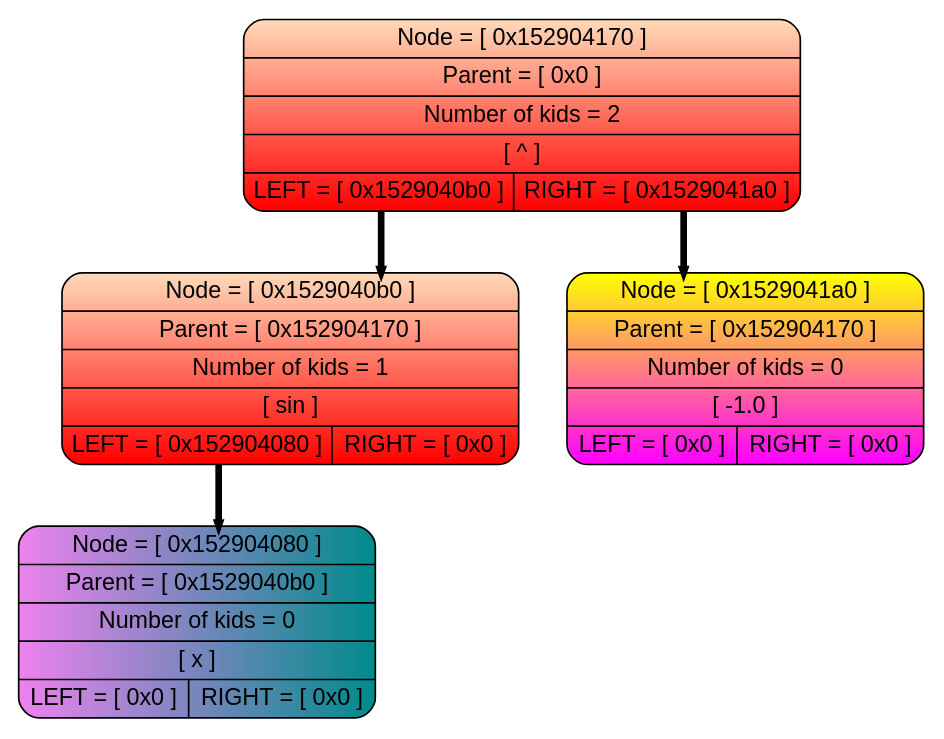
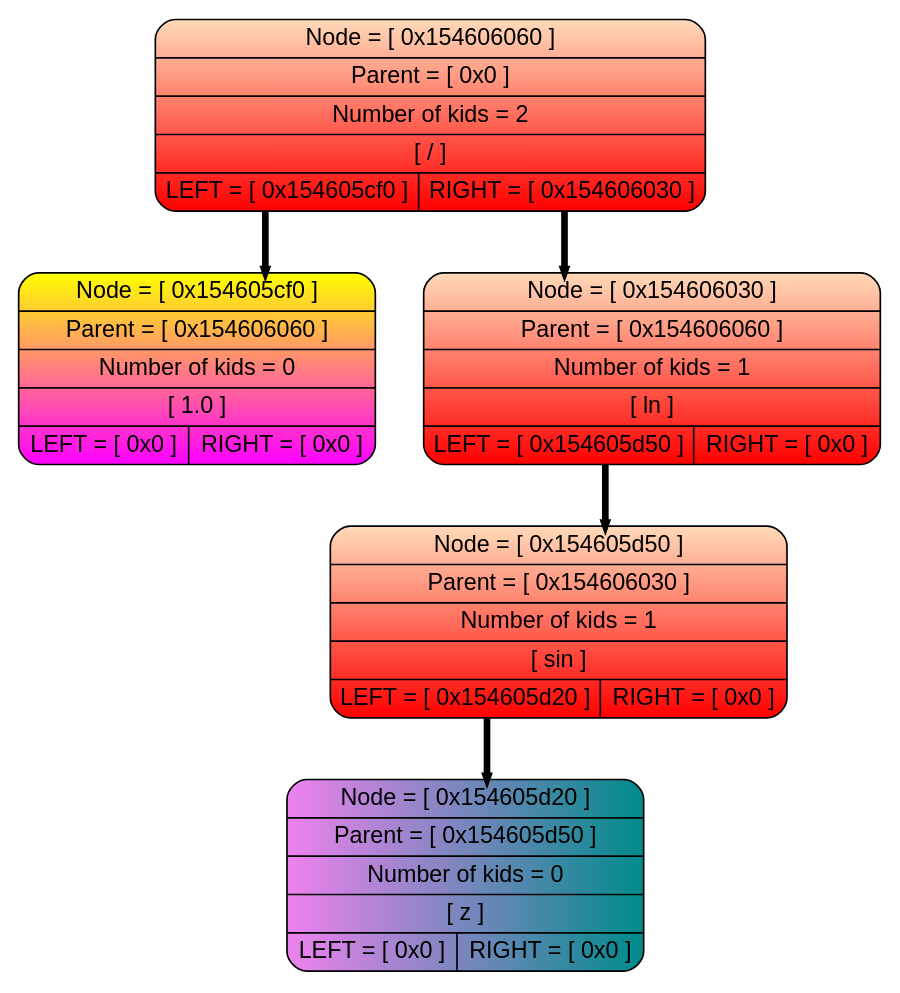
The diagram in Dump-source/dump.dot (livlavr/Differentiator), drawn with Graphviz before and after one commit. The commit also changed 7 other files, not shown here.

```diff
--- a/Dump-source/dump.dot
+++ b/Dump-source/dump.dot
@@ -1,14 +1,16 @@
 digraph tree{
 splines=ortho;
 rankdir=HR;
 nodesep=0.4;
 node [shape=record, fontname="Arial"];
 edge [style=bold, color="black", weight=10, penwidth=4, arrowsize=0.2];
-P0x152904170 [style = "filled, rounded", fillcolor="peachpuff:red" gradientangle=270,label=" {Node = [ 0x152904170 ] | Parent = [ 0x0 ] | Number of kids = 2 |[ ^ ] | { <l> LEFT = [ 0x1529040b0 ] | <r> RIGHT = [ 0x1529041a0 ]}}" ];
-P0x1529040b0 [style = "filled, rounded", fillcolor="peachpuff:red" gradientangle=270,label=" {Node = [ 0x1529040b0 ] | Parent = [ 0x152904170 ] | Number of kids = 1 |[ sin ] | { <l> LEFT = [ 0x152904080 ] | <r> RIGHT = [ 0x0 ]}}" ];
-P0x152904080 [style = "filled, rounded", fillcolor="violet:darkcyan"label=" {Node = [ 0x152904080 ] | Parent = [ 0x1529040b0 ] | Number of kids = 0 |[ x ] | { <l> LEFT = [ 0x0 ] | <r> RIGHT = [ 0x0 ]}}" ];
-P0x1529040b0:<l> -> P0x152904080
-P0x1529041a0 [style = "filled, rounded", fillcolor="yellow:magenta" gradientangle=270,label=" {Node = [ 0x1529041a0 ] | Parent = [ 0x152904170 ] | Number of kids = 0 | [ -1.0 ] | { <l> LEFT = [ 0x0 ] | <r> RIGHT = [ 0x0 ]}}" ];
-P0x152904170:<l> -> P0x1529040b0
-P0x152904170:<r> -> P0x1529041a0
+P0x154606060 [style = "filled, rounded", fillcolor="peachpuff:red" gradientangle=270,label=" {Node = [ 0x154606060 ] | Parent = [ 0x0 ] | Number of kids = 2 |[ / ] | { <l> LEFT = [ 0x154605cf0 ] | <r> RIGHT = [ 0x154606030 ]}}" ];
+P0x154605cf0 [style = "filled, rounded", fillcolor="yellow:magenta" gradientangle=270,label=" {Node = [ 0x154605cf0 ] | Parent = [ 0x154606060 ] | Number of kids = 0 | [ 1.0 ] | { <l> LEFT = [ 0x0 ] | <r> RIGHT = [ 0x0 ]}}" ];
+P0x154606030 [style = "filled, rounded", fillcolor="peachpuff:red" gradientangle=270,label=" {Node = [ 0x154606030 ] | Parent = [ 0x154606060 ] | Number of kids = 1 |[ ln ] | { <l> LEFT = [ 0x154605d50 ] | <r> RIGHT = [ 0x0 ]}}" ];
+P0x154605d50 [style = "filled, rounded", fillcolor="peachpuff:red" gradientangle=270,label=" {Node = [ 0x154605d50 ] | Parent = [ 0x154606030 ] | Number of kids = 1 |[ sin ] | { <l> LEFT = [ 0x154605d20 ] | <r> RIGHT = [ 0x0 ]}}" ];
+P0x154605d20 [style = "filled, rounded", fillcolor="violet:darkcyan"label=" {Node = [ 0x154605d20 ] | Parent = [ 0x154605d50 ] | Number of kids = 0 |[ z ] | { <l> LEFT = [ 0x0 ] | <r> RIGHT = [ 0x0 ]}}" ];
+P0x154605d50:<l> -> P0x154605d20
+P0x154606030:<l> -> P0x154605d50
+P0x154606060:<l> -> P0x154605cf0
+P0x154606060:<r> -> P0x154606030
 }
```
